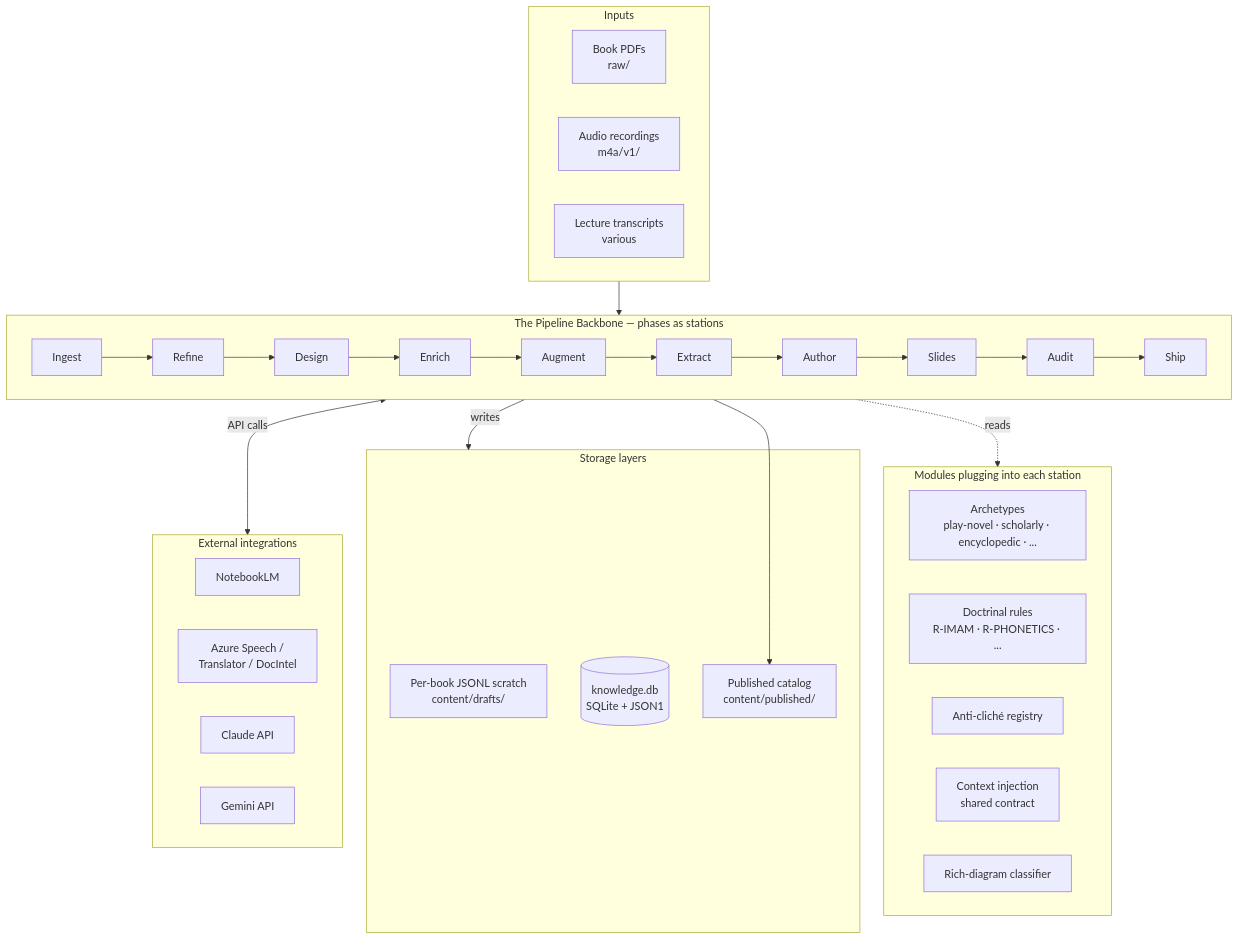
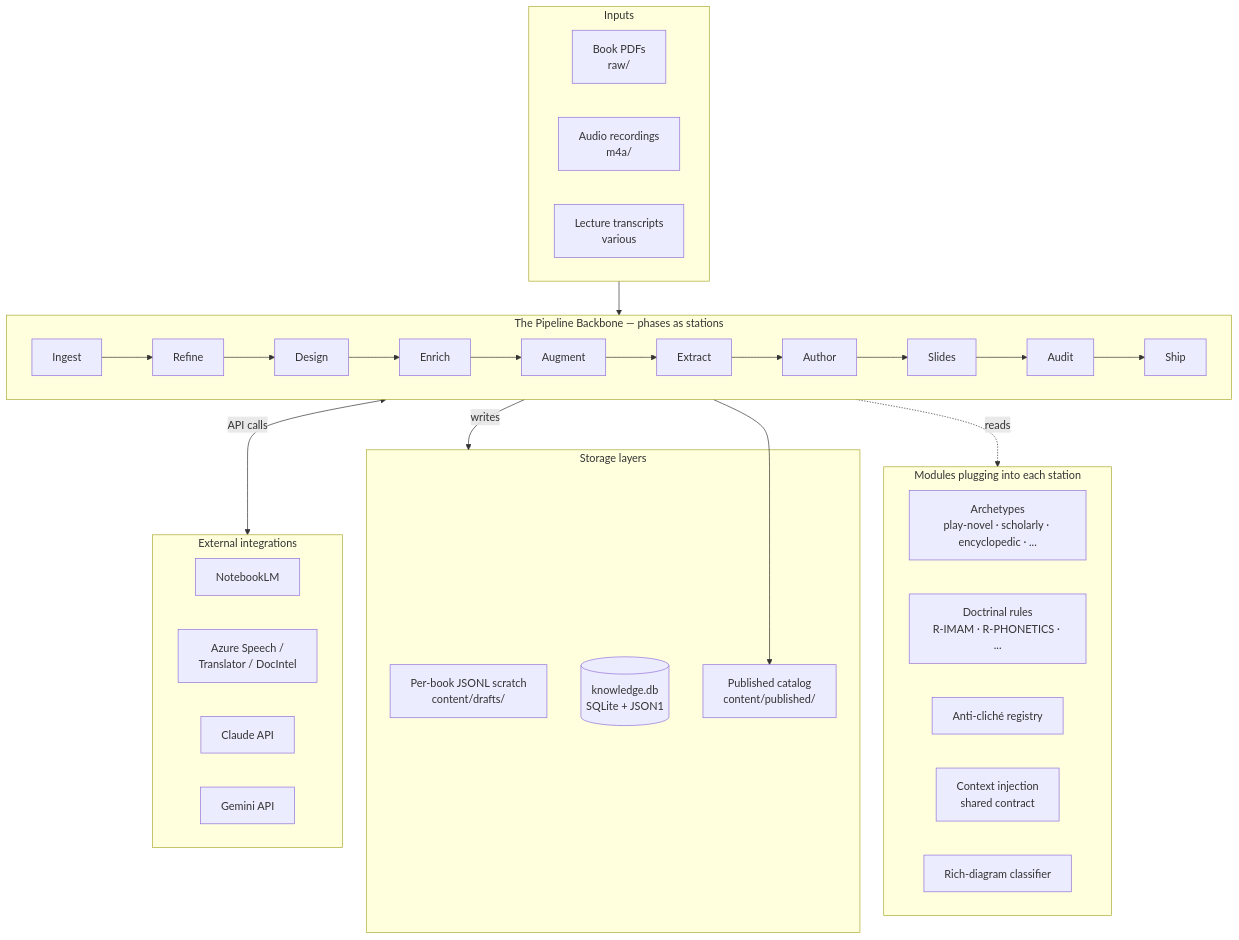
One commit to asifhussain60/podcast-factory changed the first of 12 diagrams in _workspace/plan/architecture.md. Above: the diagram before and after it, drawn with Mermaid. The commit also changed 4 other files, not shown here.

````diff
--- a/_workspace/plan/architecture.md
+++ b/_workspace/plan/architecture.md
@@ -25,40 +25,40 @@
 ```mermaid
 flowchart TB
     subgraph CLIENT["Inputs"]
         PDF[Book PDFs<br/>raw/]
-        AUDIO[Audio recordings<br/>m4a/v1/]
+        AUDIO[Audio recordings<br/>m4a/]
         TXT[Lecture transcripts<br/>various]
     end
 
     subgraph BACKBONE["The Pipeline Backbone — phases as stations"]
         direction LR
         P0[Ingest] --> P1[Refine] --> P2[Design] --> P3[Enrich] --> P4[Augment] --> P5[Extract] --> P6[Author] --> P7[Slides] --> P8[Audit] --> P9[Ship]
     end
 
     subgraph MODULES["Modules plugging into each station"]
         ARCH[Archetypes<br/>play-novel · scholarly · encyclopedic · ...]
         DOCT[Doctrinal rules<br/>R-IMAM · R-PHONETICS · ...]
         ANTI[Anti-cliché registry]
         CTX[Context injection<br/>shared contract]
         DIAG[Rich-diagram classifier]
     end
 
     subgraph STORAGE["Storage layers"]
         BOOK[Per-book JSONL scratch<br/>content/drafts/]
         DB[(knowledge.db<br/>SQLite + JSON1)]
         CAT[Published catalog<br/>content/published/]
     end
 
     subgraph EXTERNAL["External integrations"]
         NLM[NotebookLM]
         AZ[Azure Speech /<br/>Translator / DocIntel]
         CLAUDE[Claude API]
         GEMINI[Gemini API]
     end
 
     CLIENT --> BACKBONE
     BACKBONE -.->|reads| MODULES
     BACKBONE -->|writes| STORAGE
     BACKBONE <-->|API calls| EXTERNAL
     BACKBONE --> CAT
 ```
````
